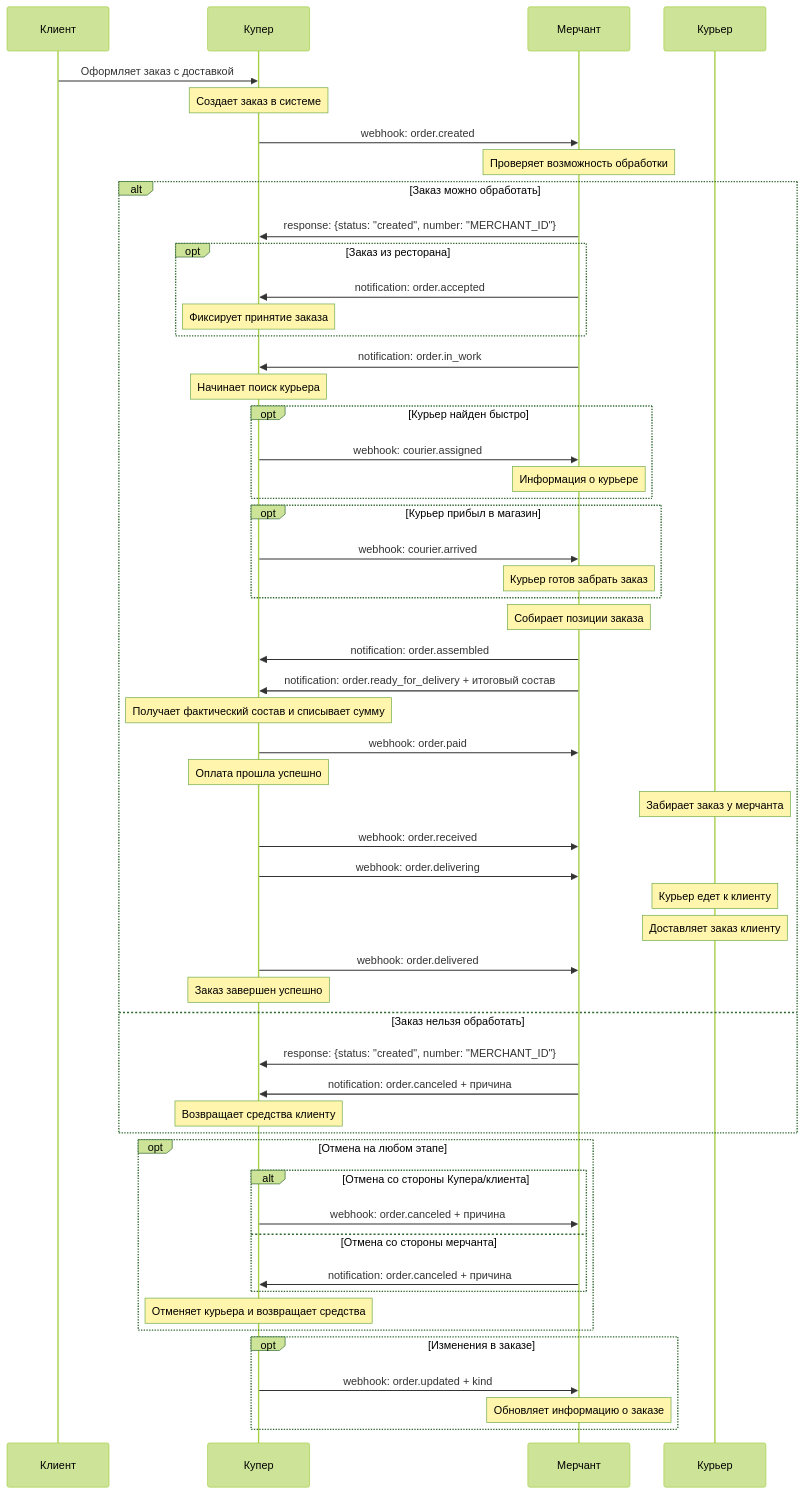
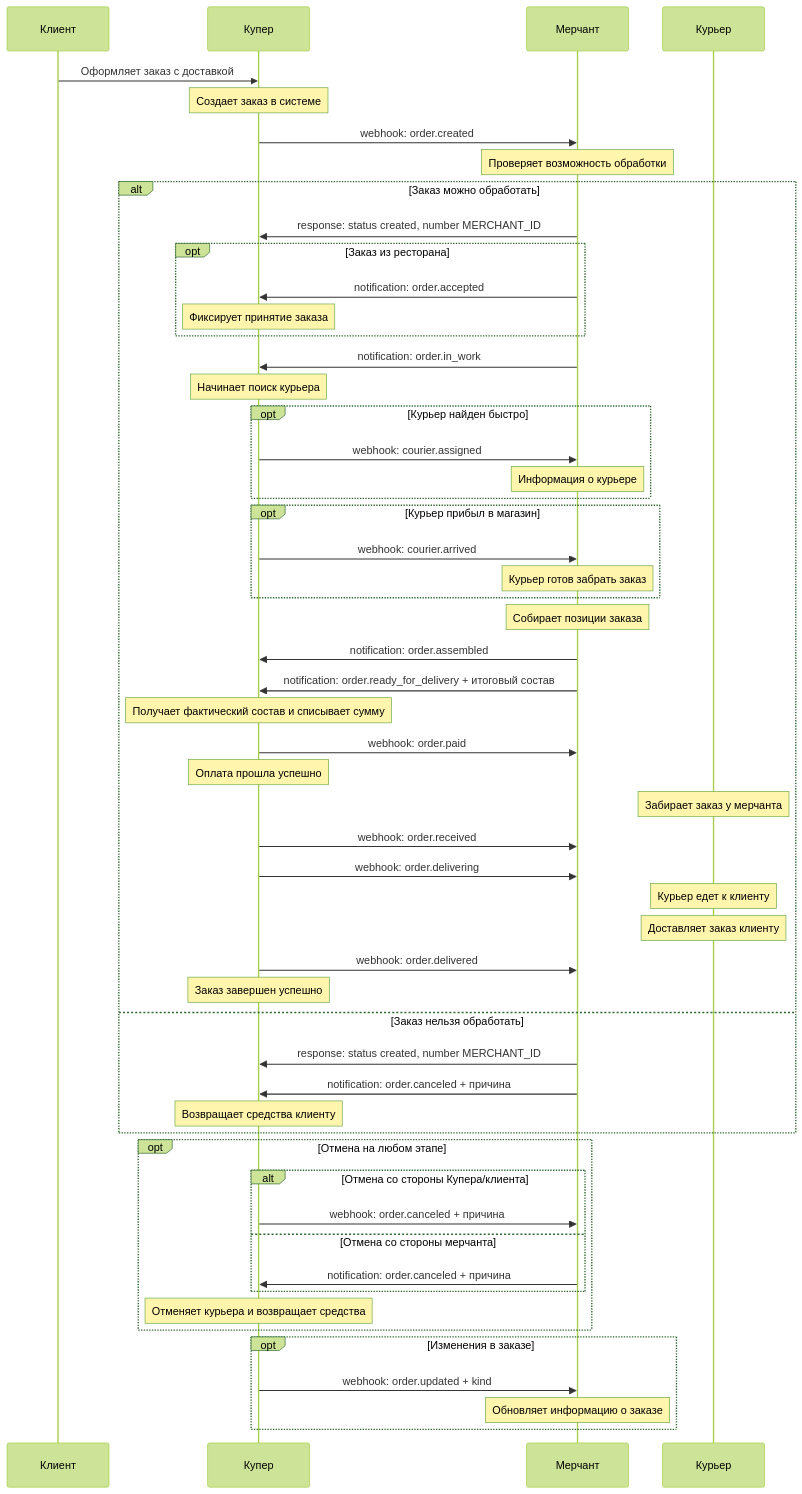
One commit to benbut/kuper changed the second of 3 diagrams in assets/kuper-delivery-integration.md. Above: the diagram before and after it, drawn with Mermaid (forest theme). The commit also changed other lines of this file and 1 other file, not shown here.

````diff
--- a/assets/kuper-delivery-integration.md
+++ b/assets/kuper-delivery-integration.md
@@ -75,73 +75,73 @@
 ```mermaid
 sequenceDiagram
     participant Client as Клиент
     participant Kuper as Купер
     participant Merchant as Мерчант
     participant Courier as Курьер
     
     Client->>Kuper: Оформляет заказ с доставкой
     Note over Kuper: Создает заказ в системе
     
     Kuper->>Merchant: webhook: order.created
     Note over Merchant: Проверяет возможность обработки
     
     alt Заказ можно обработать
-        Merchant->>Kuper: response: {status: "created", number: "MERCHANT_ID"}
+        Merchant->>Kuper: response: status created, number MERCHANT_ID
         
         opt Заказ из ресторана
             Merchant->>Kuper: notification: order.accepted
             Note over Kuper: Фиксирует принятие заказа
         end
         
         Merchant->>Kuper: notification: order.in_work
         Note over Kuper: Начинает поиск курьера
         
         opt Курьер найден быстро
             Kuper->>Merchant: webhook: courier.assigned
             Note over Merchant: Информация о курьере
         end
         
         opt Курьер прибыл в магазин
             Kuper->>Merchant: webhook: courier.arrived
             Note over Merchant: Курьер готов забрать заказ
         end
         
         Note over Merchant: Собирает позиции заказа
         Merchant->>Kuper: notification: order.assembled
         
         Merchant->>Kuper: notification: order.ready_for_delivery + итоговый состав
         Note over Kuper: Получает фактический состав и списывает сумму
         
         Kuper->>Merchant: webhook: order.paid
         Note over Kuper: Оплата прошла успешно
         
         Note over Courier: Забирает заказ у мерчанта
         Kuper->>Merchant: webhook: order.received
         
         Kuper->>Merchant: webhook: order.delivering
         Note over Courier: Курьер едет к клиенту
         
         Note over Courier: Доставляет заказ клиенту
         Kuper->>Merchant: webhook: order.delivered
         Note over Kuper: Заказ завершен успешно
         
     else Заказ нельзя обработать
-        Merchant->>Kuper: response: {status: "created", number: "MERCHANT_ID"}
+        Merchant->>Kuper: response: status created, number MERCHANT_ID
         Merchant->>Kuper: notification: order.canceled + причина
         Note over Kuper: Возвращает средства клиенту
     end
     
     opt Отмена на любом этапе
         alt Отмена со стороны Купера/клиента
             Kuper->>Merchant: webhook: order.canceled + причина
         else Отмена со стороны мерчанта
             Merchant->>Kuper: notification: order.canceled + причина
         end
         Note over Kuper: Отменяет курьера и возвращает средства
     end
     
     opt Изменения в заказе
         Kuper->>Merchant: webhook: order.updated + kind
         Note over Merchant: Обновляет информацию о заказе
     end
 ```
````
